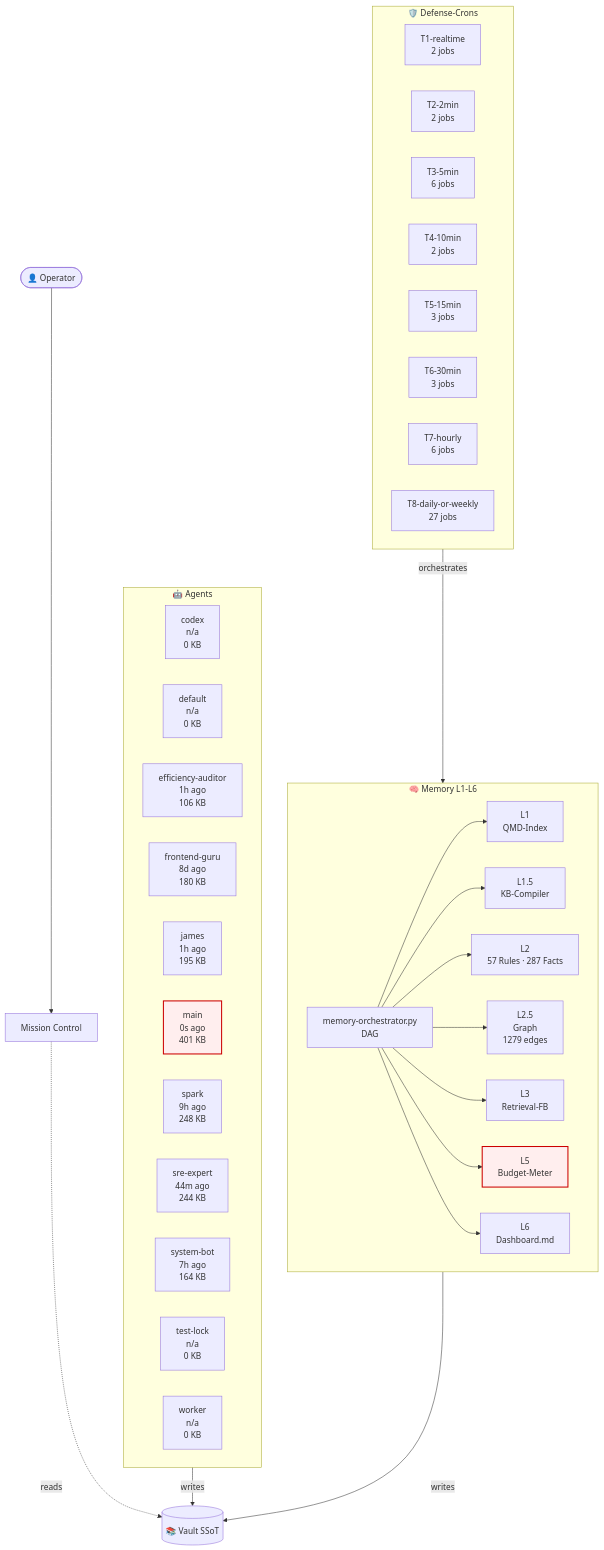
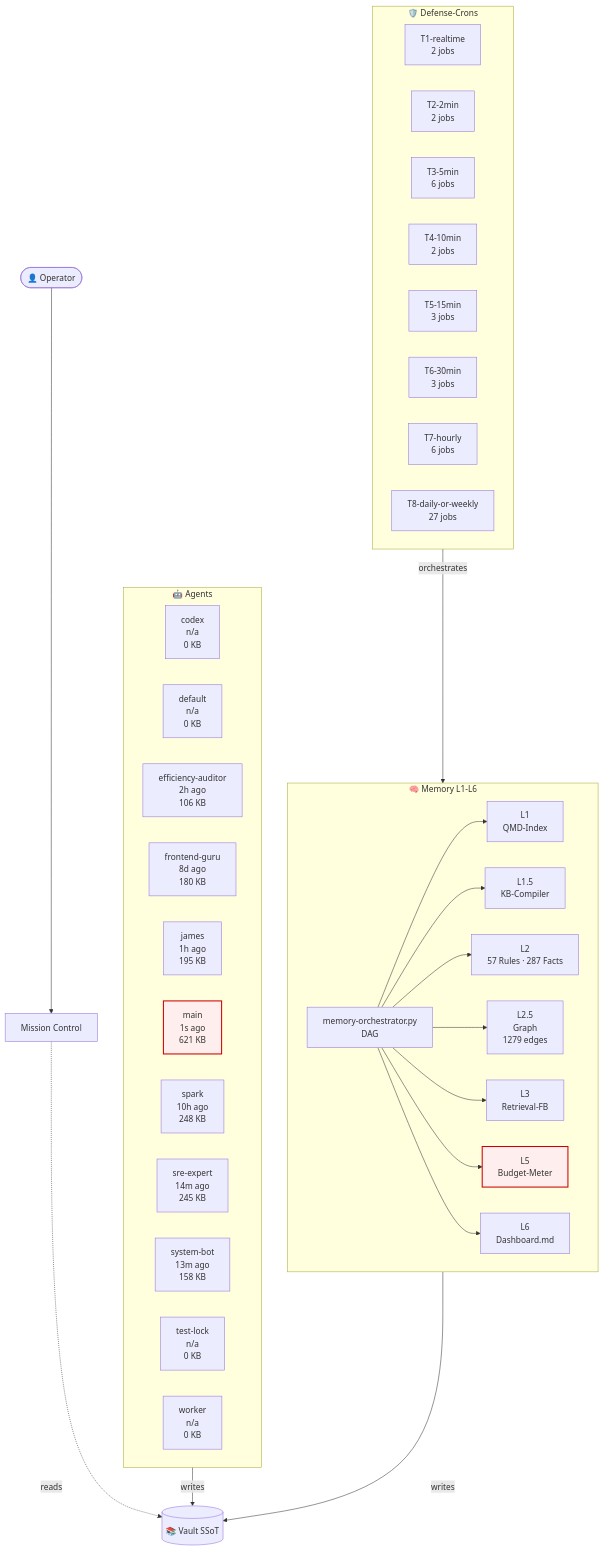
The diagram in 03-Agents/architecture-live.md (lenardhuebner88-rgb/openclaw-memory), drawn with Mermaid before and after one commit. The commit also changed other lines of this file and 18 other files, not shown here.

````diff
--- a/03-Agents/architecture-live.md
+++ b/03-Agents/architecture-live.md
@@ -18,54 +18,54 @@
 ```mermaid
 flowchart TB
     classDef critical fill:#fee,stroke:#c00,stroke-width:2px;
     subgraph AGT["🤖 Agents"]
         agent_codex["codex<br/>n/a<br/>0 KB"]
         agent_default["default<br/>n/a<br/>0 KB"]
-        agent_efficiency_auditor["efficiency-auditor<br/>1h ago<br/>106 KB"]
+        agent_efficiency_auditor["efficiency-auditor<br/>2h ago<br/>106 KB"]
         agent_frontend_guru["frontend-guru<br/>8d ago<br/>180 KB"]
         agent_james["james<br/>1h ago<br/>195 KB"]
-        agent_main["main<br/>0s ago<br/>401 KB"]
-        agent_spark["spark<br/>9h ago<br/>248 KB"]
-        agent_sre_expert["sre-expert<br/>44m ago<br/>244 KB"]
-        agent_system_bot["system-bot<br/>7h ago<br/>164 KB"]
+        agent_main["main<br/>1s ago<br/>621 KB"]
+        agent_spark["spark<br/>10h ago<br/>248 KB"]
+        agent_sre_expert["sre-expert<br/>14m ago<br/>245 KB"]
+        agent_system_bot["system-bot<br/>13m ago<br/>158 KB"]
         agent_test_lock["test-lock<br/>n/a<br/>0 KB"]
         agent_worker["worker<br/>n/a<br/>0 KB"]
     end
     subgraph MEM["🧠 Memory L1-L6"]
         L1["L1<br/>QMD-Index"]
         L15["L1.5<br/>KB-Compiler"]
         L2["L2<br/>57 Rules · 287 Facts"]
         L25["L2.5<br/>Graph<br/>1279 edges"]
         L3["L3<br/>Retrieval-FB"]
         L5["L5<br/>Budget-Meter"]
         L6["L6<br/>Dashboard.md"]
         ORCH["memory-orchestrator.py<br/>DAG"]
     end
     subgraph CRN["🛡️ Defense-Crons"]
         tier_T1_realtime["T1-realtime<br/>2 jobs"]
         tier_T2_2min["T2-2min<br/>2 jobs"]
         tier_T3_5min["T3-5min<br/>6 jobs"]
         tier_T4_10min["T4-10min<br/>2 jobs"]
         tier_T5_15min["T5-15min<br/>3 jobs"]
         tier_T6_30min["T6-30min<br/>3 jobs"]
         tier_T7_hourly["T7-hourly<br/>6 jobs"]
         tier_T8_daily_or_weekly["T8-daily-or-weekly<br/>27 jobs"]
     end
     VAULT[("📚 Vault SSoT")]
     OP([👤 Operator])
     MC["Mission Control"]
     OP --> MC
     MC -.reads.-> VAULT
     AGT -->|writes| VAULT
     MEM -->|writes| VAULT
     ORCH --> L1
     ORCH --> L15
     ORCH --> L2
     ORCH --> L25
     ORCH --> L3
     ORCH --> L5
     ORCH --> L6
     CRN -->|orchestrates| MEM
     class L5 critical
     class agent_main critical
 ```
````
